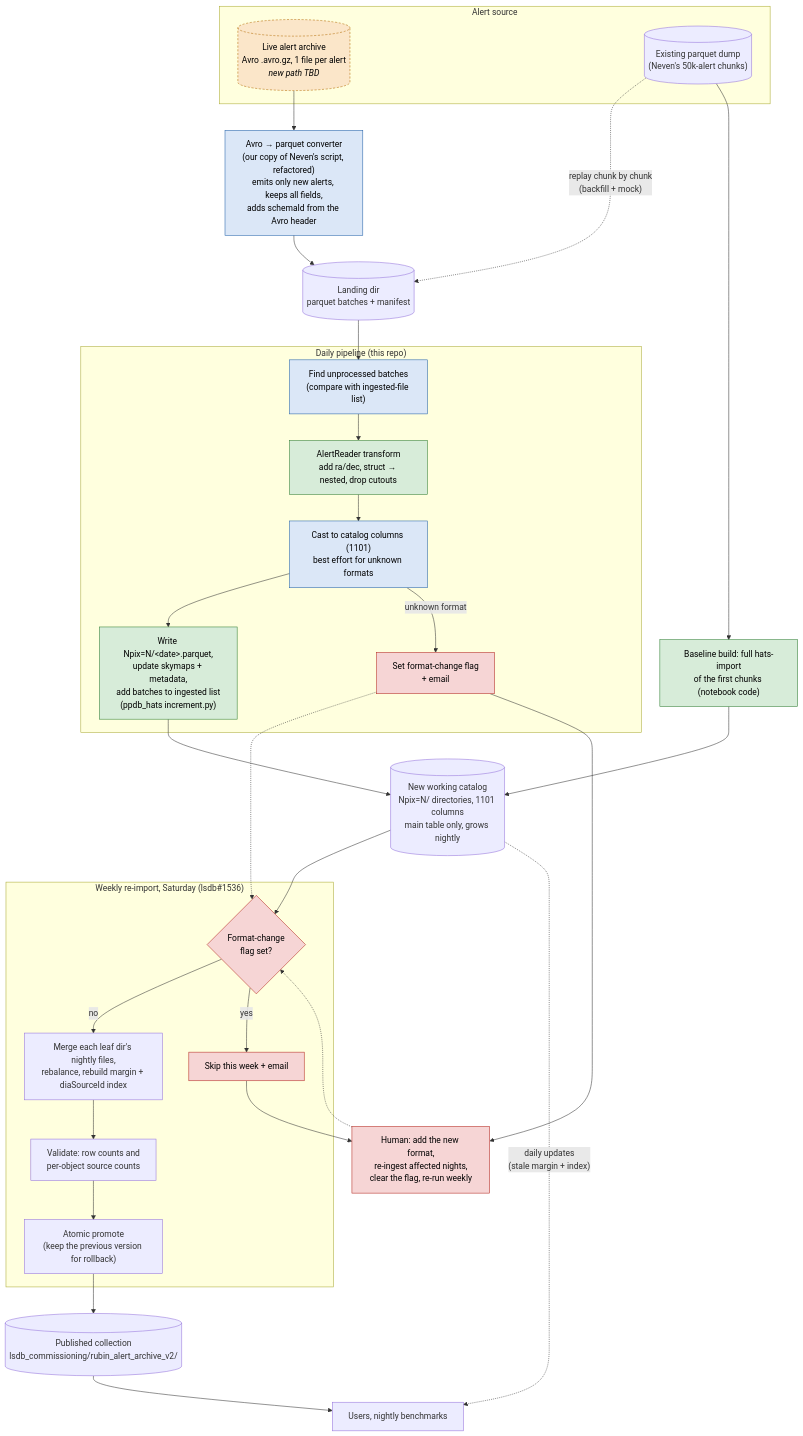
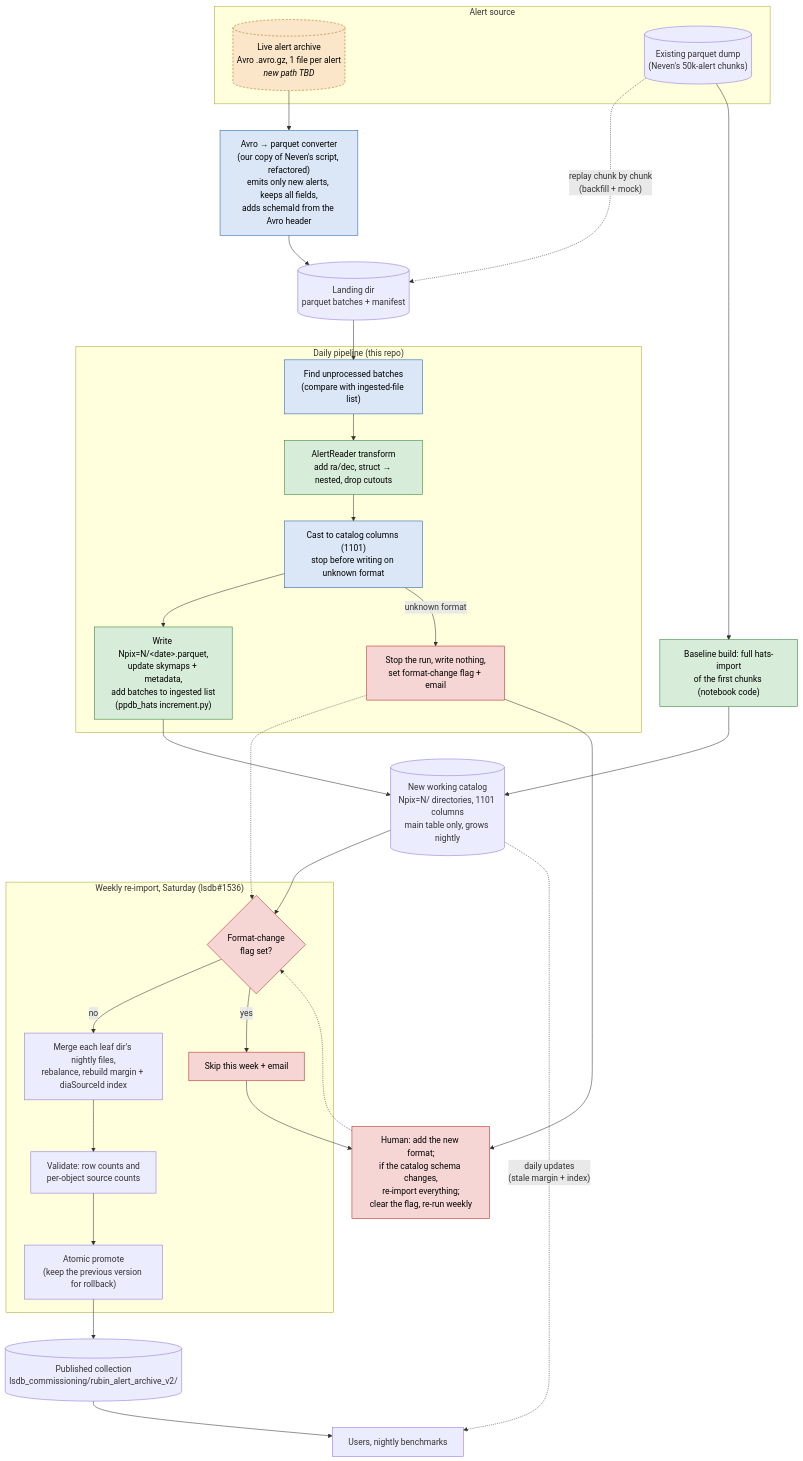
One commit to lincc-frameworks/alert-archive changed the diagram in docs/design/incremental_data_flow.md. Above: the diagram before and after it, drawn with Mermaid. The commit also changed other lines of this file and 2 other files, not shown here.

Commit message:
Fail fast on schema changes (and halt entire pipeline! let's be strict and explicit when and if they do happen)

````diff
--- a/docs/design/incremental_data_flow.md
+++ b/docs/design/incremental_data_flow.md
@@ -7,67 +7,67 @@
 ```mermaid
 flowchart TD
     %% ---------- sources ----------
     subgraph SRC["Alert source"]
         LIVE[("Live alert archive<br/>Avro .avro.gz, 1 file per alert<br/><i>new path TBD</i>")]
         DUMP[("Existing parquet dump<br/>(Neven's 50k-alert chunks)")]
     end
 
     %% ---------- black box ----------
     BB["Avro → parquet converter<br/>(our copy of Neven's script, refactored)<br/>emits only new alerts, keeps all fields,<br/>adds schemaId from the Avro header"]
     LAND[("Landing dir<br/>parquet batches + manifest")]
 
     LIVE --> BB --> LAND
     DUMP -.->|"replay chunk by chunk<br/>(backfill + mock)"| LAND
 
     %% ---------- bootstrap ----------
     BASE["Baseline build: full hats-import<br/>of the first chunks (notebook code)"]
     DUMP --> BASE
     WORK[("New working catalog<br/>Npix=N/ directories, 1101 columns<br/>main table only, grows nightly")]
     BASE --> WORK
 
     %% ---------- daily ----------
     subgraph DAILY["Daily pipeline (this repo)"]
         D1["Find unprocessed batches<br/>(compare with ingested-file list)"]
         D2["AlertReader transform<br/>add ra/dec, struct → nested, drop cutouts"]
-        D3["Cast to catalog columns (1101)<br/>best effort for unknown formats"]
+        D3["Cast to catalog columns (1101)<br/>stop before writing on unknown format"]
         D4["Write Npix=N/&lt;date&gt;.parquet,<br/>update skymaps + metadata,<br/>add batches to ingested list<br/>(ppdb_hats increment.py)"]
         D1 --> D2 --> D3 --> D4
-        D3 -->|"unknown format"| FLAG["Set format-change flag<br/>+ email"]
+        D3 -->|"unknown format"| FLAG["Stop the run, write nothing,<br/>set format-change flag + email"]
     end
 
     LAND --> D1
     D4 --> WORK
 
     %% ---------- weekly (lsdb#1536) ----------
     subgraph WEEKLY["Weekly re-import, Saturday (lsdb#1536)"]
         W0{"Format-change<br/>flag set?"}
         W1["Merge each leaf dir's nightly files,<br/>rebalance, rebuild margin + diaSourceId index"]
         W2["Validate: row counts and<br/>per-object source counts"]
         W3["Atomic promote<br/>(keep the previous version for rollback)"]
         SKIP["Skip this week + email"]
         W0 -->|no| W1 --> W2 --> W3
         W0 -->|yes| SKIP
     end
 
     WORK --> W0
     FLAG -.-> W0
-    HUMAN["Human: add the new format,<br/>re-ingest affected nights,<br/>clear the flag, re-run weekly"]
+    HUMAN["Human: add the new format;<br/>if the catalog schema changes,<br/>re-import everything;<br/>clear the flag, re-run weekly"]
     FLAG --> HUMAN
     SKIP --> HUMAN
     HUMAN -.-> W0
 
     PUB[("Published collection<br/>lsdb_commissioning/rubin_alert_archive_v2/")]
     W3 --> PUB
     PUB --> USERS["Users, nightly benchmarks"]
     WORK -.->|"daily updates<br/>(stale margin + index)"| USERS
 
     %% ---------- styling ----------
     classDef reuse fill:#d7ecd9,stroke:#2e7d32,color:#000
     classDef new fill:#dbe7f7,stroke:#1f5fa8,color:#000
     classDef tbd fill:#fbe6c9,stroke:#b26a00,color:#000,stroke-dasharray:4 3
     classDef fmt fill:#f6d5d5,stroke:#b3261e,color:#000
     class BASE,D2,D4 reuse
     class D1,D3,BB new
     class FLAG,SKIP,HUMAN,W0 fmt
     class LIVE tbd
 ```
````
